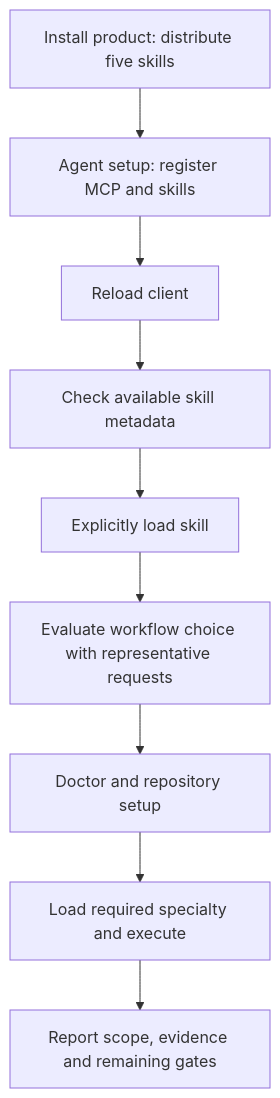
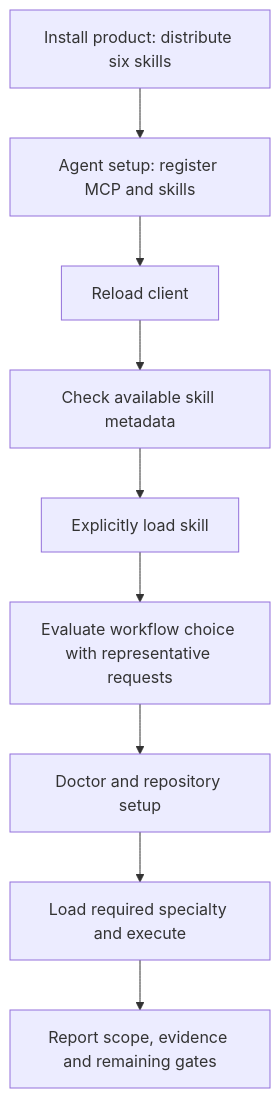
The first of 6 diagrams in docs/workflow-guidance.md (antonillos/makevn), drawn with Mermaid before and after one commit. The commit also changed 15 other files, not shown here.

First line of the commit message:
feat(skills): add reproducible MakeVN product testing

````diff
--- a/docs/workflow-guidance.md
+++ b/docs/workflow-guidance.md
@@ -46,11 +46,11 @@
 ```mermaid
 flowchart TD
-    INSTALL[Install product: distribute five skills] --> SETUP[Agent setup: register MCP and skills]
+    INSTALL[Install product: distribute six skills] --> SETUP[Agent setup: register MCP and skills]
     SETUP --> RELOAD[Reload client]
     RELOAD --> CATALOG[Check available skill metadata]
     CATALOG --> LOAD[Explicitly load skill]
     LOAD --> ROUTE[Evaluate workflow choice with representative requests]
     ROUTE --> DOCTOR[Doctor and repository setup]
     DOCTOR --> SPECIALTY[Load required specialty and execute]
     SPECIALTY --> EVIDENCE[Report scope, evidence and remaining gates]
 ```
````
